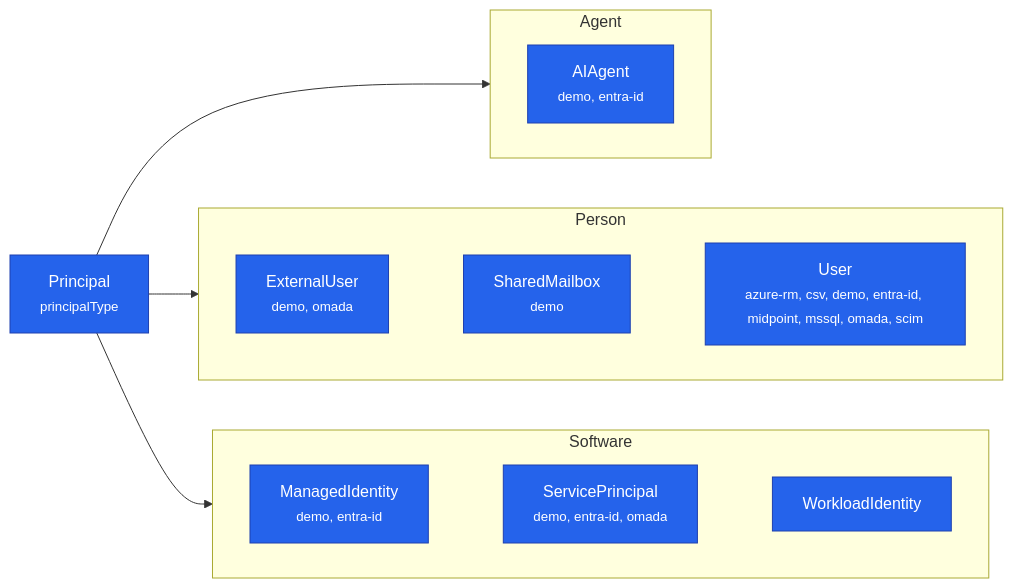
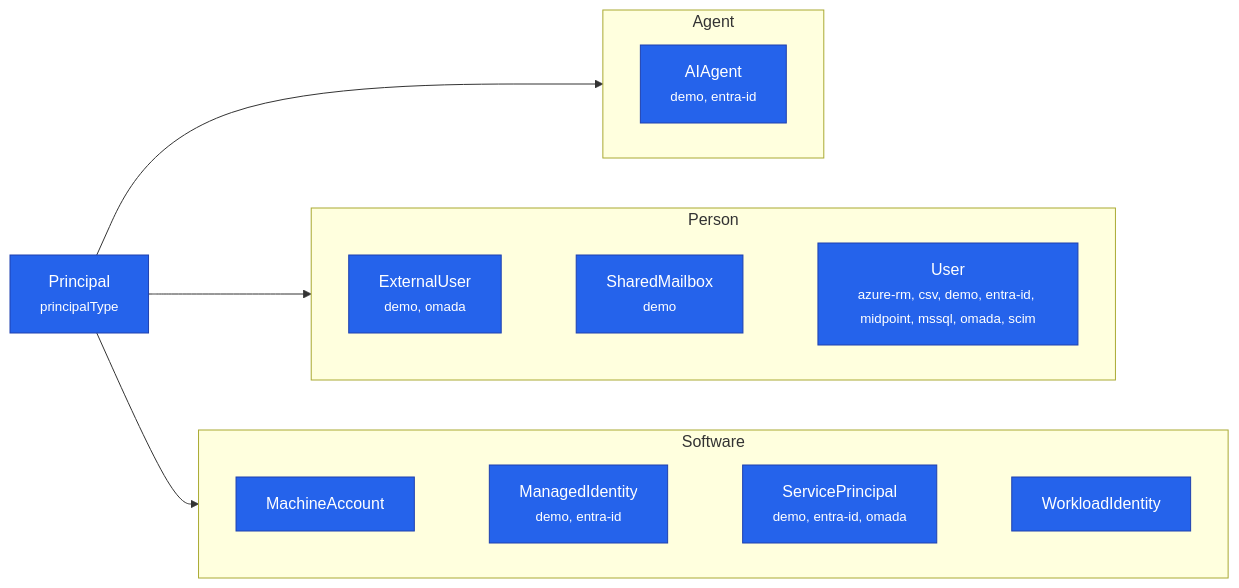
Before and after one commit to Fortigi/IdentityAtlas: the second of 5 diagrams in docs/concepts/ontology.md, drawn with Mermaid. The commit also changed 35 other files, not shown here.

Commit message:
[FEATURE] MachineAccount principal type for computer accounts (#1683)

````diff
--- a/docs/concepts/ontology.md
+++ b/docs/concepts/ontology.md
@@ -107,26 +107,27 @@
 ```mermaid
 flowchart LR
     root["Principal<br/><small>principalType</small>"]:::Principal
     subgraph g_Agent["Agent"]
       direction LR
       t_AIAgent["AIAgent<br/><small>demo, entra-id</small>"]:::Principal
     end
     subgraph g_Person["Person"]
       direction LR
       t_ExternalUser["ExternalUser<br/><small>demo, omada</small>"]:::Principal
       t_SharedMailbox["SharedMailbox<br/><small>demo</small>"]:::Principal
       t_User["User<br/><small>azure-rm, csv, demo, entra-id, midpoint, mssql, omada, scim</small>"]:::Principal
       t_ExternalUser ~~~ t_SharedMailbox ~~~ t_User
     end
     subgraph g_Software["Software"]
       direction LR
+      t_MachineAccount["MachineAccount"]:::Principal
       t_ManagedIdentity["ManagedIdentity<br/><small>demo, entra-id</small>"]:::Principal
       t_ServicePrincipal["ServicePrincipal<br/><small>demo, entra-id, omada</small>"]:::Principal
       t_WorkloadIdentity["WorkloadIdentity"]:::Principal
-      t_ManagedIdentity ~~~ t_ServicePrincipal ~~~ t_WorkloadIdentity
+      t_MachineAccount ~~~ t_ManagedIdentity ~~~ t_ServicePrincipal ~~~ t_WorkloadIdentity
     end
     root --> g_Agent
     root --> g_Person
     root --> g_Software
     classDef Principal fill:#2563eb,stroke:#1e40af,color:#fff
 ```
````
